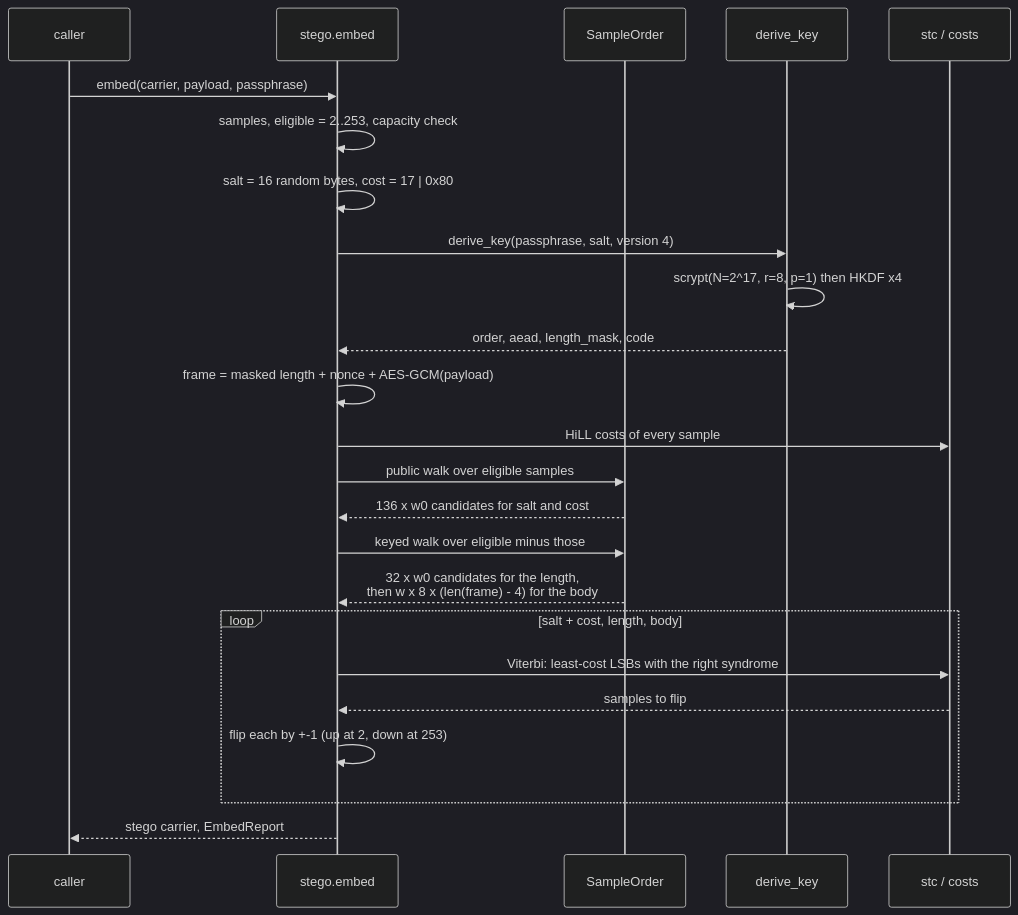
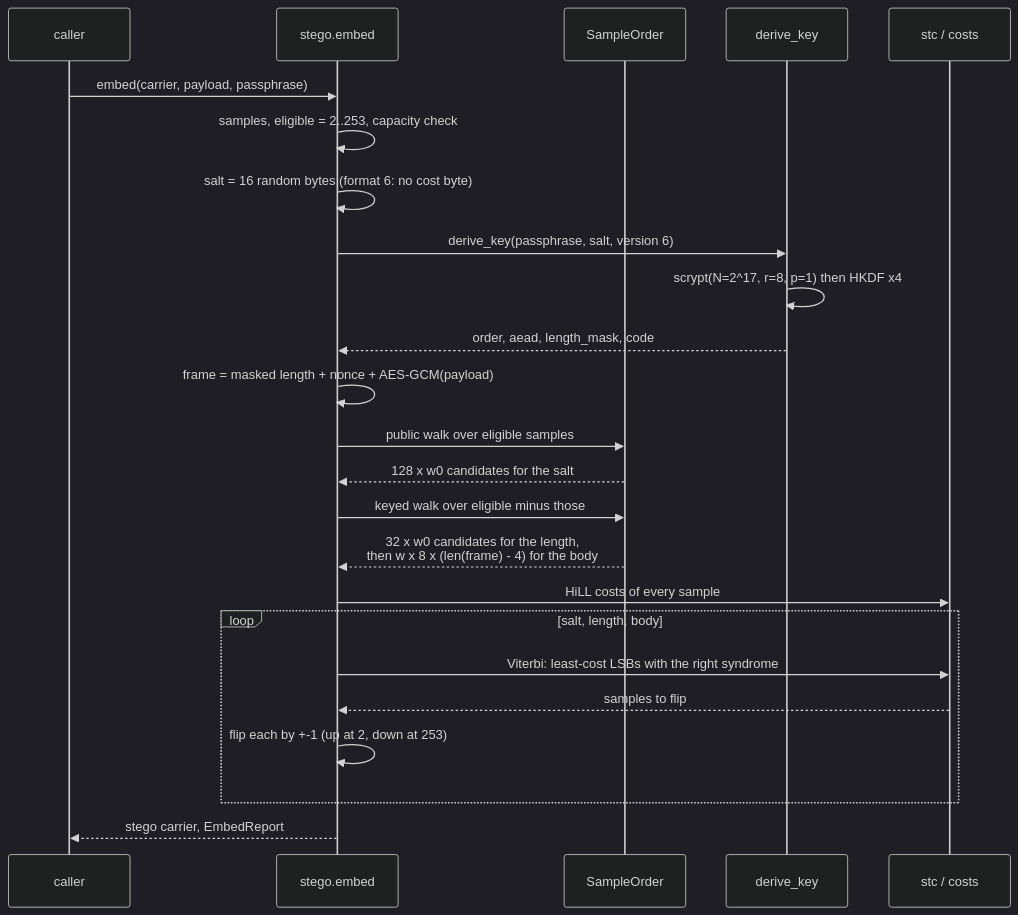
Before and after one commit to Just-Ipavon/shardpix: the third of 7 diagrams in docs/04-runtime-behaviour.md, drawn with Mermaid (dark theme). The commit also changed other lines of this file and 4 other files, not shown here.

````diff
--- a/docs/04-runtime-behaviour.md
+++ b/docs/04-runtime-behaviour.md
@@ -112,28 +113,28 @@
 ```mermaid
 sequenceDiagram
     participant C as caller
     participant E as stego.embed
     participant W as SampleOrder
     participant K as derive_key
 
     participant T as stc / costs
 
     C->>E: embed(carrier, payload, passphrase)
     E->>E: samples, eligible = 2..253, capacity check
-    E->>E: salt = 16 random bytes, cost = 17 | 0x80
-    E->>K: derive_key(passphrase, salt, version 4)
+    E->>E: salt = 16 random bytes (format 6: no cost byte)
+    E->>K: derive_key(passphrase, salt, version 6)
     K->>K: scrypt(N=2^17, r=8, p=1) then HKDF x4
     K-->>E: order, aead, length_mask, code
     E->>E: frame = masked length + nonce + AES-GCM(payload)
-    E->>T: HiLL costs of every sample
     E->>W: public walk over eligible samples
-    W-->>E: 136 x w0 candidates for salt and cost
+    W-->>E: 128 x w0 candidates for the salt
     E->>W: keyed walk over eligible minus those
     W-->>E: 32 x w0 candidates for the length,<br/>then w x 8 x (len(frame) - 4) for the body
-    loop salt + cost, length, body
+    E->>T: HiLL costs of every sample
+    loop salt, length, body
         E->>T: Viterbi: least-cost LSBs with the right syndrome
         T-->>E: samples to flip
         E->>E: flip each by +-1 (up at 2, down at 253)
     end
     E-->>C: stego carrier, EmbedReport
 ```
````
